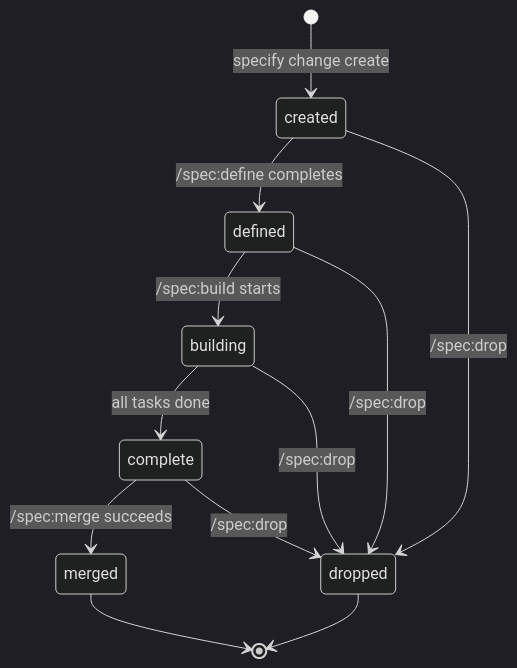
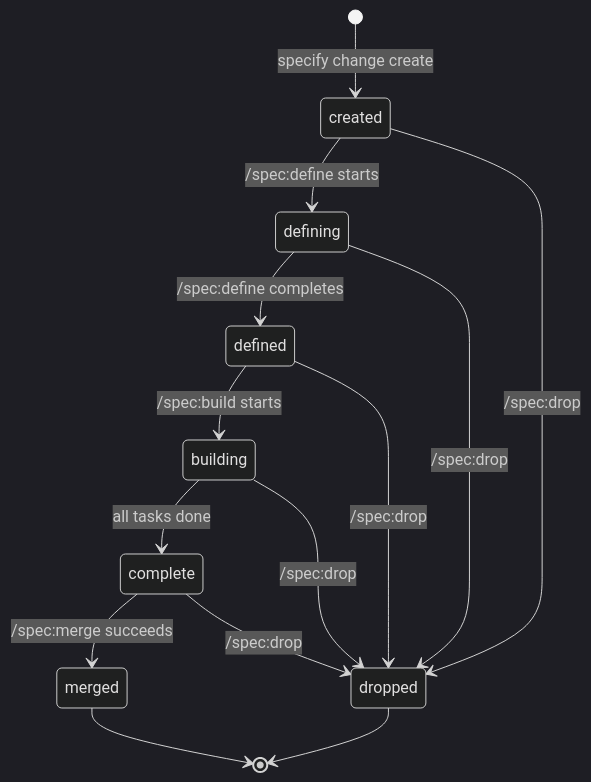
The first of 2 diagrams in docs/reference/lifecycle.md (augentic/anvil), drawn with Mermaid (dark theme) before and after one commit. The commit also changed other lines of this file and 3 other files, not shown here.

````diff
--- a/docs/reference/lifecycle.md
+++ b/docs/reference/lifecycle.md
@@ -7,16 +7,18 @@
 ```mermaid
 stateDiagram-v2
     [*] --> created: specify change create
-    created --> defined: /spec:define completes
+    created --> defining: /spec:define starts
+    defining --> defined: /spec:define completes
     defined --> building: /spec:build starts
     building --> complete: all tasks done
     complete --> merged: /spec:merge succeeds
 
     created --> dropped: /spec:drop
+    defining --> dropped: /spec:drop
     defined --> dropped: /spec:drop
     building --> dropped: /spec:drop
     complete --> dropped: /spec:drop
 
     merged --> [*]
     dropped --> [*]
 ```
````
